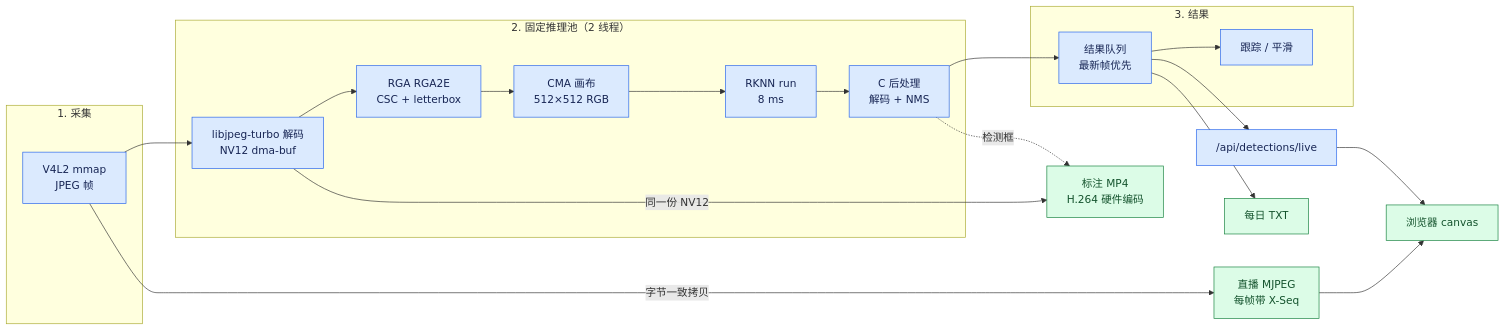
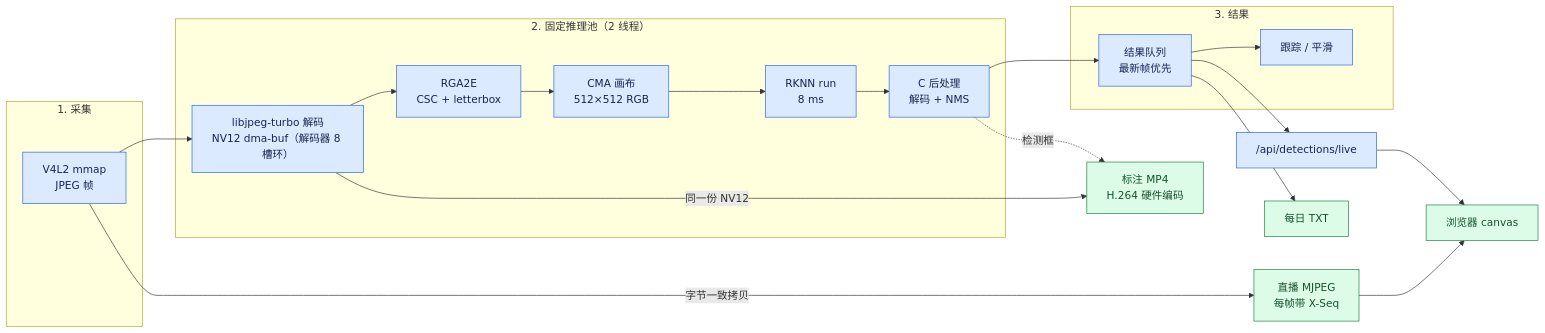
One commit to qianruo-orange/autonomous-driving-car changed the second of 6 diagrams in README.md. Above: the diagram before and after it, drawn with Mermaid. The commit also changed other lines of this file and 2 other files, not shown here.

````diff
--- a/README.md
+++ b/README.md
@@ -78,28 +78,28 @@
 ```mermaid
 flowchart LR
     subgraph Capture["1. 采集"]
         Raw["V4L2 mmap<br/>JPEG 帧"]
     end
     subgraph Infer["2. 固定推理池（2 线程）"]
-        Nv12["libjpeg-turbo 解码<br/>NV12 dma-buf"] --> Rga["RGA RGA2E<br/>CSC + letterbox"]
+        Nv12["libjpeg-turbo 解码<br/>NV12 dma-buf（解码器 8 槽环）"] --> Rga["RGA2E<br/>CSC + letterbox"]
         Rga --> Canvas["CMA 画布<br/>512×512 RGB"]
         Canvas --> Npu["RKNN run<br/>8 ms"]
         Npu --> Post["C 后处理<br/>解码 + NMS"]
     end
     subgraph Render["3. 结果"]
         Latest["结果队列<br/>最新帧优先"] --> Track["跟踪 / 平滑"]
     end
     Raw --> Nv12
     Post --> Latest
     Raw -->|字节一致拷贝| Live["直播 MJPEG<br/>每帧带 X-Seq"]
     Nv12 -->|同一份 NV12| Annot["标注 MP4<br/>H.264 硬件编码"]
     Post -.->|检测框| Annot
     Latest --> Api["/api/detections/live"]
     Api --> Browser["浏览器 canvas"]
     Live --> Browser
     Latest --> Reports["每日 TXT"]
     classDef process fill:#dbeafe,stroke:#2563eb,color:#172554
     classDef output fill:#dcfce7,stroke:#15803d,color:#14532d
     class Raw,Nv12,Rga,Canvas,Npu,Post,Latest,Track,Api process
     class Live,Annot,Browser,Reports output
 ```
````
